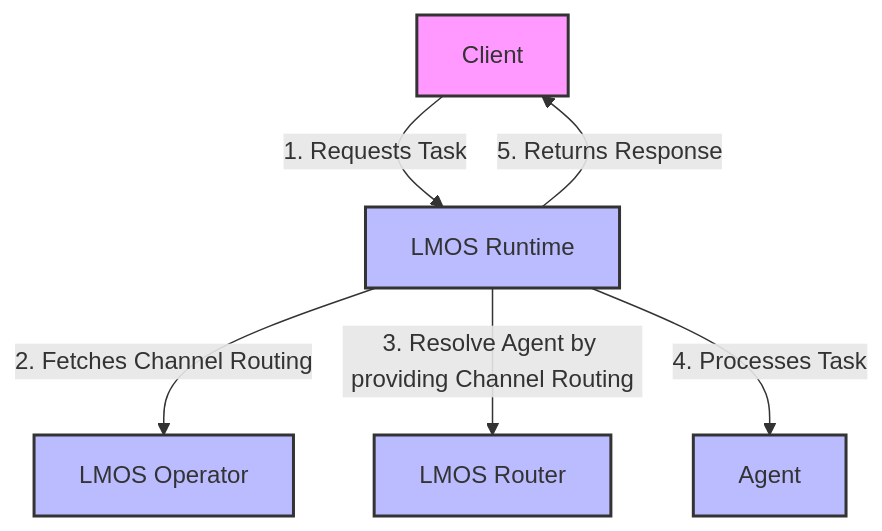
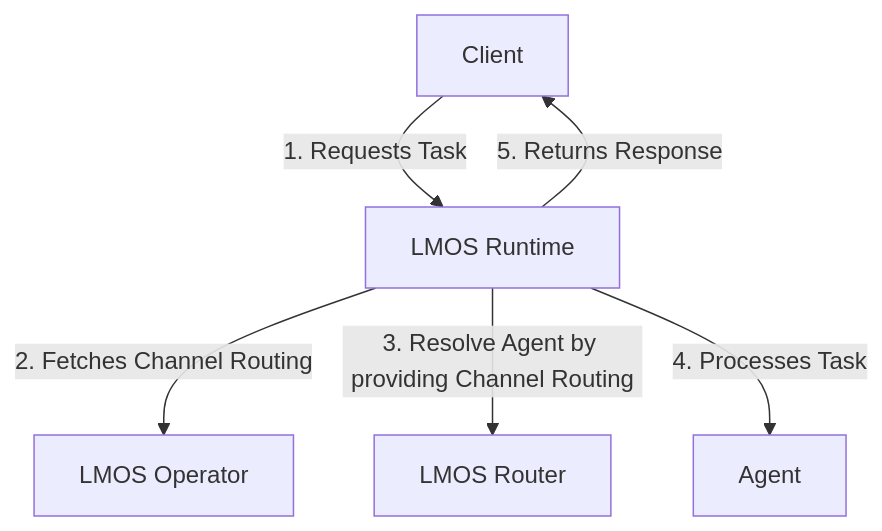
The diagram in docs/architecture/lmos_runtime.md (lmos-ai/lmos-website), drawn with Mermaid before and after one commit. The commit also changed other lines of this file and 1 other file, not shown here.

Commit message:
Improves LMOS Runtime description (#20)

````diff
--- a/docs/architecture/lmos_runtime.md
+++ b/docs/architecture/lmos_runtime.md
@@ -13,21 +13,14 @@
 ```mermaid
 graph TD
     A[Client] -->|1. Requests Task| B[LMOS Runtime]
     B -->|2. Fetches Channel Routing| C[LMOS Operator]
     B -->|3. Resolve Agent by providing Channel Routing| D[LMOS Router]
     B -->|4. Processes Task| E[Agent]
     B -->|5. Returns Response| A
 
     
     direction TB
     C
     D
     E
- 
-
-    style A fill:#f9f,stroke:#333,stroke-width:2px;
-    style B fill:#bbf,stroke:#333,stroke-width:2px;
-    style C fill:#bbf,stroke:#333,stroke-width:2px;
-    style D fill:#bbf,stroke:#333,stroke-width:2px;
-    style E fill:#bbf,stroke:#333,stroke-width:2px;
 ```
````
